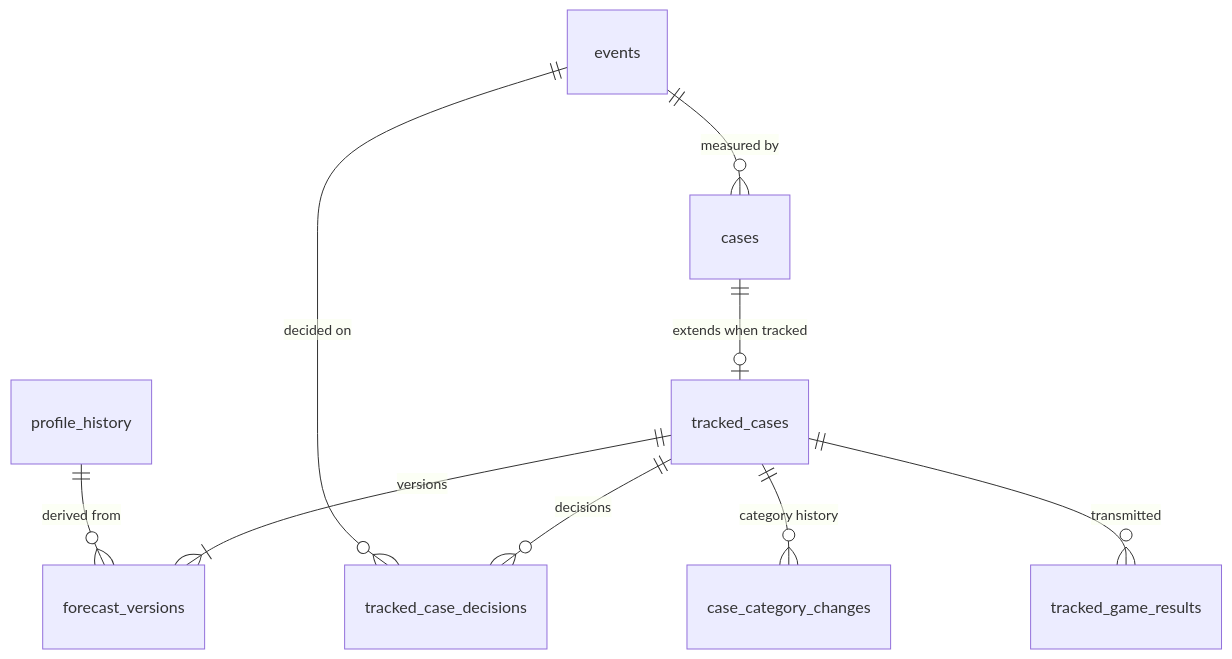
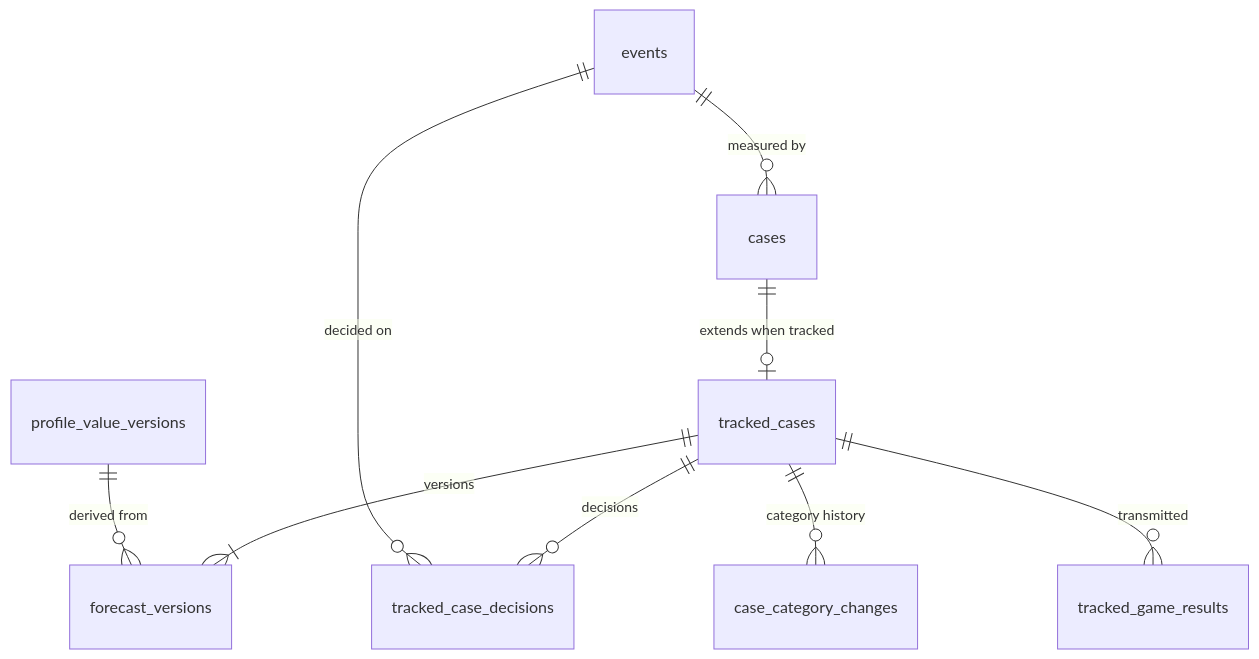
One commit to youtix/egoscope changed the diagram in docs/engineering/domain-model/tracking-and-validation.md. Above: the diagram before and after it, drawn with Mermaid. The commit also changed other lines of this file and 4 other files, not shown here.

````diff
--- a/docs/engineering/domain-model/tracking-and-validation.md
+++ b/docs/engineering/domain-model/tracking-and-validation.md
@@ -263,11 +264,11 @@
 ```mermaid
 erDiagram
   cases ||--o| tracked_cases : "extends when tracked"
   tracked_cases ||--|{ forecast_versions : "versions"
   tracked_cases ||--o{ case_category_changes : "category history"
   tracked_cases ||--o{ tracked_game_results : "transmitted"
   tracked_cases ||--o{ tracked_case_decisions : "decisions"
   events ||--o{ tracked_case_decisions : "decided on"
   events ||--o{ cases : "measured by"
-  profile_history ||--o{ forecast_versions : "derived from"
+  profile_value_versions ||--o{ forecast_versions : "derived from"
 ```
````
